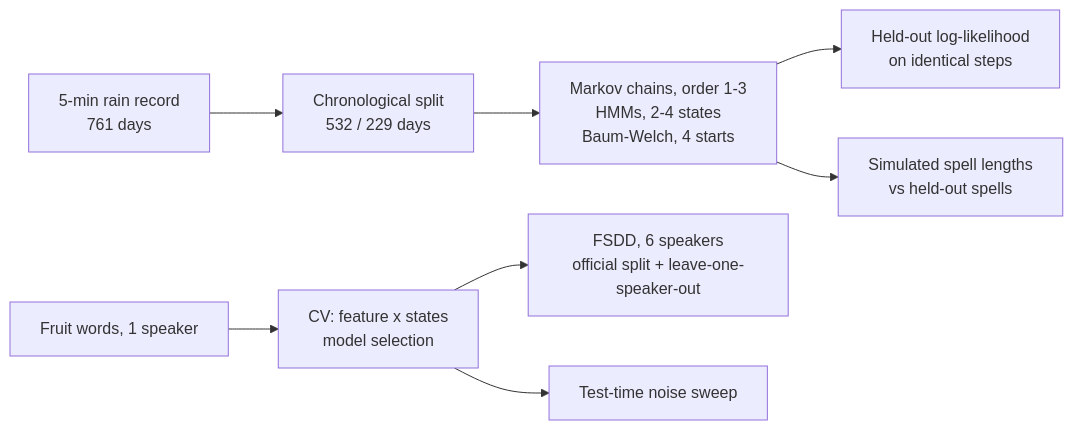
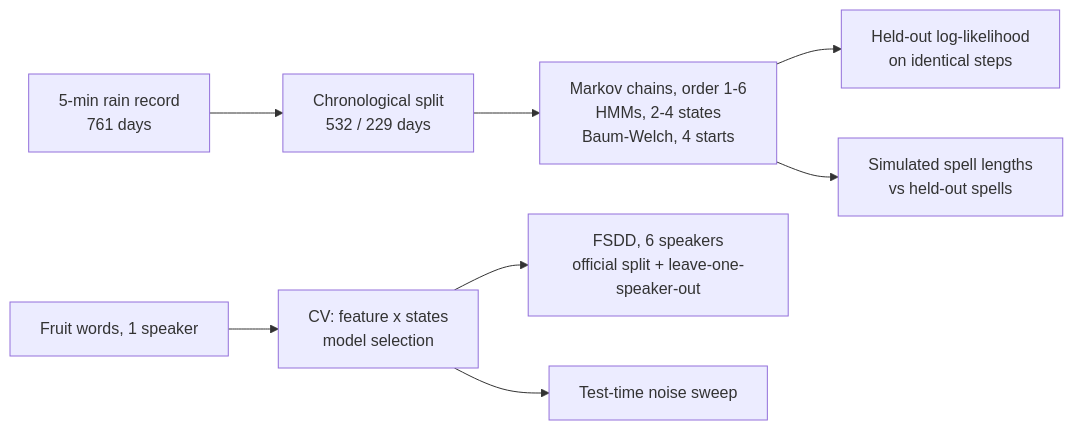
Before and after one commit to Pchambet/hmm-from-scratch: the diagram in README.md, drawn with Mermaid. The commit also changed other lines of this file and 2 other files, not shown here.

````diff
--- a/README.md
+++ b/README.md
@@ -26,10 +26,10 @@
 ```mermaid
 flowchart LR
   A[5-min rain record<br/>761 days] --> B[Chronological split<br/>532 / 229 days]
-  B --> C[Markov chains, order 1-3<br/>HMMs, 2-4 states<br/>Baum-Welch, 4 starts]
+  B --> C[Markov chains, order 1-6<br/>HMMs, 2-4 states<br/>Baum-Welch, 4 starts]
   C --> D[Held-out log-likelihood<br/>on identical steps]
   C --> E[Simulated spell lengths<br/>vs held-out spells]
   F[Fruit words, 1 speaker] --> G[CV: feature x states<br/>model selection]
   G --> H[FSDD, 6 speakers<br/>official split + leave-one-speaker-out]
   G --> I[Test-time noise sweep]
 ```
````
